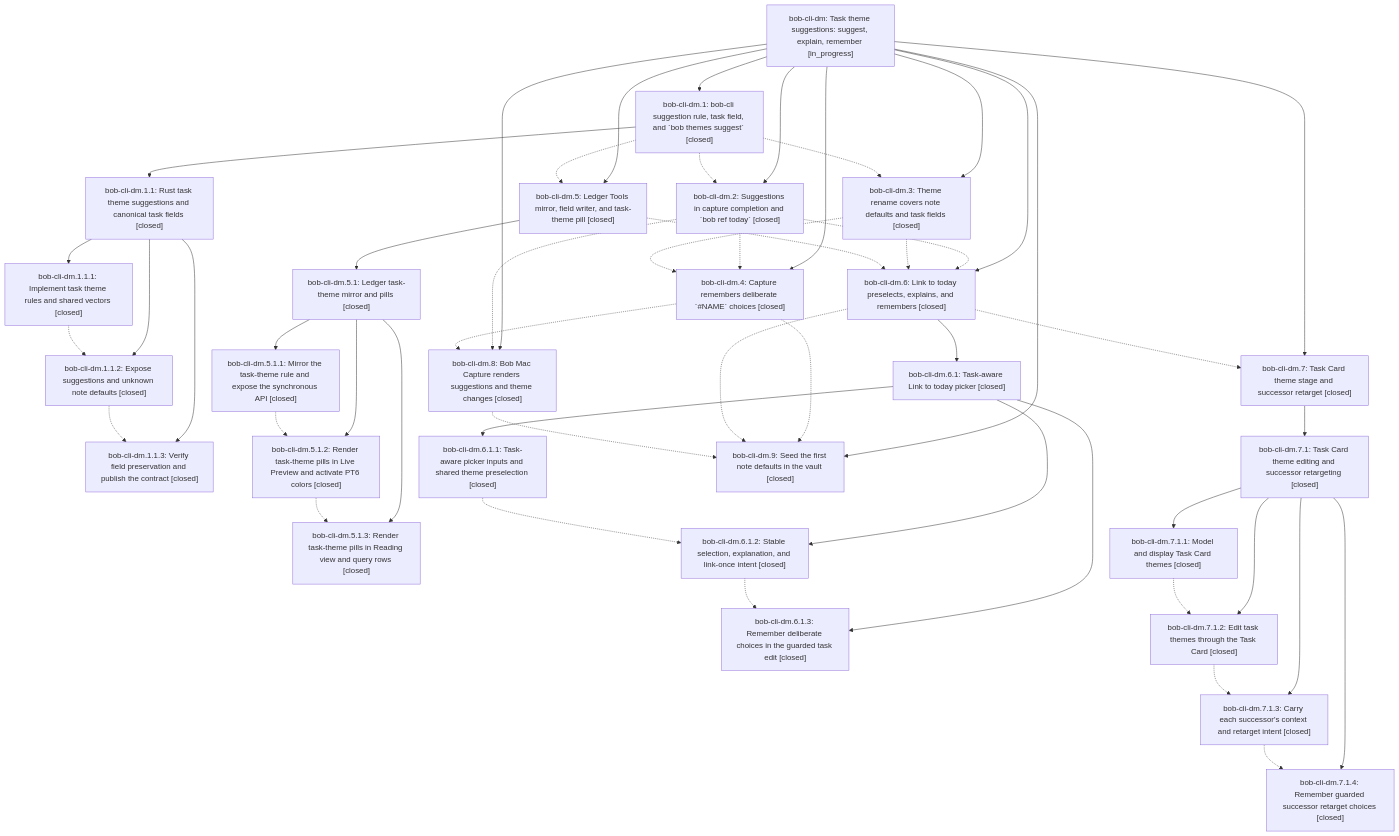
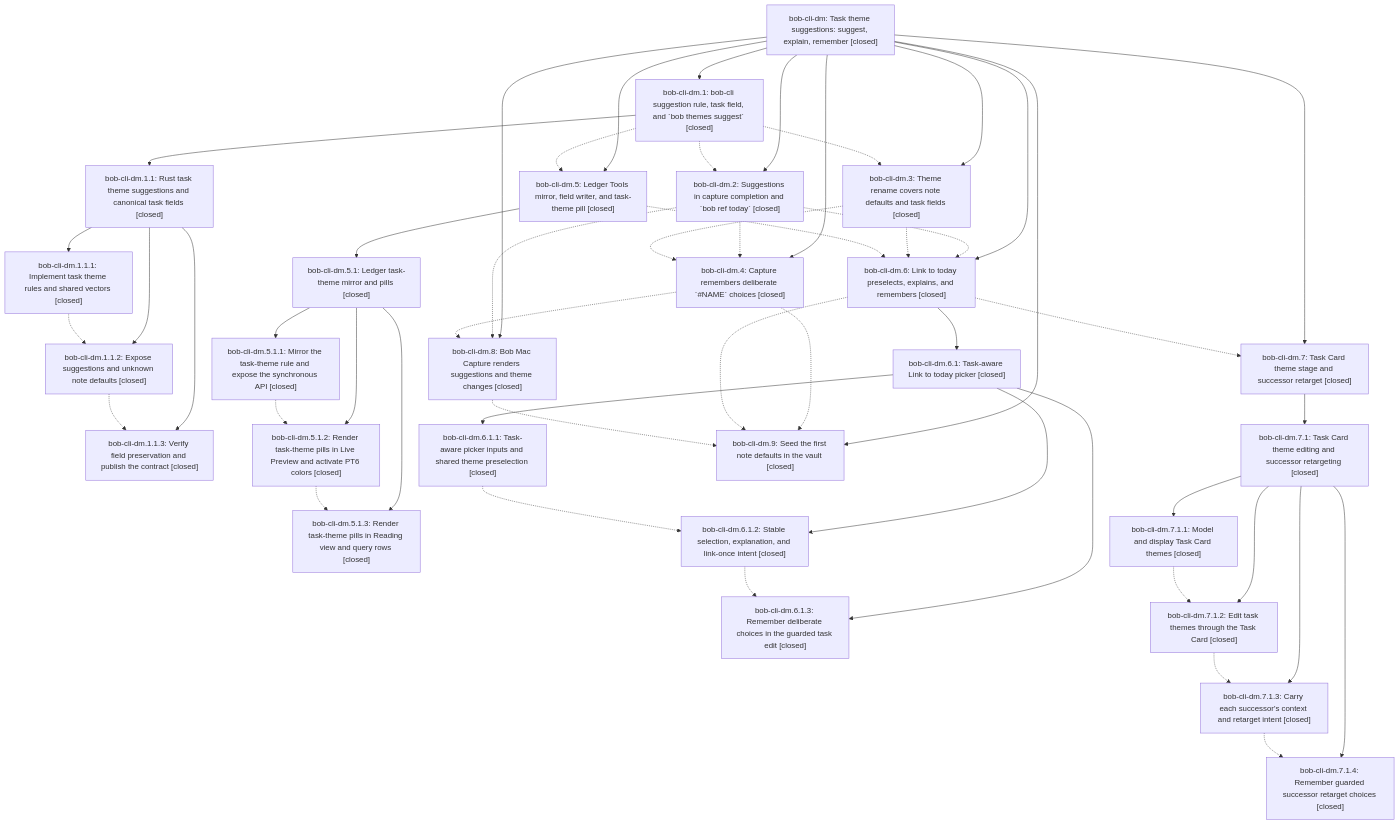
The diagram in pages/bob-cli-dm/README.md (bobs-org/bob-cli--beads), drawn with Mermaid before and after one commit. The commit also changed other lines of this file and 1 other file, not shown here.

First line of the commit message:
chore(beads): sync bead state and pages for bob-cli-dm

````diff
--- a/pages/bob-cli-dm/README.md
+++ b/pages/bob-cli-dm/README.md
@@ -44,79 +101,79 @@
 ```mermaid
 flowchart TD
-    n0["bob-cli-dm: Task theme suggestions: suggest, explain, remember [in_progress]"]
+    n0["bob-cli-dm: Task theme suggestions: suggest, explain, remember [closed]"]
     n1["bob-cli-dm.1: bob-cli suggestion rule, task field, and `bob themes suggest` [closed]"]
     n2["bob-cli-dm.1.1: Rust task theme suggestions and canonical task fields [closed]"]
     n3["bob-cli-dm.1.1.1: Implement task theme rules and shared vectors [closed]"]
     n4["bob-cli-dm.1.1.2: Expose suggestions and unknown note defaults [closed]"]
     n5["bob-cli-dm.1.1.3: Verify field preservation and publish the contract [closed]"]
     n6["bob-cli-dm.2: Suggestions in capture completion and `bob ref today` [closed]"]
     n7["bob-cli-dm.3: Theme rename covers note defaults and task fields [closed]"]
     n8["bob-cli-dm.4: Capture remembers deliberate `#NAME` choices [closed]"]
     n9["bob-cli-dm.5: Ledger Tools mirror, field writer, and task-theme pill [closed]"]
     n10["bob-cli-dm.5.1: Ledger task-theme mirror and pills [closed]"]
     n11["bob-cli-dm.5.1.1: Mirror the task-theme rule and expose the synchronous API [closed]"]
     n12["bob-cli-dm.5.1.2: Render task-theme pills in Live Preview and activate PT6 colors [closed]"]
     n13["bob-cli-dm.5.1.3: Render task-theme pills in Reading view and query rows [closed]"]
     n14["bob-cli-dm.6: Link to today preselects, explains, and remembers [closed]"]
     n15["bob-cli-dm.6.1: Task-aware Link to today picker [closed]"]
     n16["bob-cli-dm.6.1.1: Task-aware picker inputs and shared theme preselection [closed]"]
     n17["bob-cli-dm.6.1.2: Stable selection, explanation, and link-once intent [closed]"]
     n18["bob-cli-dm.6.1.3: Remember deliberate choices in the guarded task edit [closed]"]
     n19["bob-cli-dm.7: Task Card theme stage and successor retarget [closed]"]
     n20["bob-cli-dm.7.1: Task Card theme editing and successor retargeting [closed]"]
     n21["bob-cli-dm.7.1.1: Model and display Task Card themes [closed]"]
     n22["bob-cli-dm.7.1.2: Edit task themes through the Task Card [closed]"]
     n23["bob-cli-dm.7.1.3: Carry each successor's context and retarget intent [closed]"]
     n24["bob-cli-dm.7.1.4: Remember guarded successor retarget choices [closed]"]
     n25["bob-cli-dm.8: Bob Mac Capture renders suggestions and theme changes [closed]"]
     n26["bob-cli-dm.9: Seed the first note defaults in the vault [closed]"]
     n0 --> n1
     n1 --> n2
     n2 --> n3
     n2 --> n4
     n2 --> n5
     n0 --> n6
     n0 --> n7
     n0 --> n8
     n0 --> n9
     n9 --> n10
     n10 --> n11
     n10 --> n12
     n10 --> n13
     n0 --> n14
     n14 --> n15
     n15 --> n16
     n15 --> n17
     n15 --> n18
     n0 --> n19
     n19 --> n20
     n20 --> n21
     n20 --> n22
     n20 --> n23
     n20 --> n24
     n0 --> n25
     n0 --> n26
     n1 -.-> n6
     n1 -.-> n7
     n1 -.-> n9
     n3 -.-> n4
     n4 -.-> n5
     n6 -.-> n8
     n6 -.-> n14
     n6 -.-> n25
     n7 -.-> n8
     n7 -.-> n14
     n8 -.-> n25
     n8 -.-> n26
     n9 -.-> n14
     n11 -.-> n12
     n12 -.-> n13
     n14 -.-> n19
     n14 -.-> n26
     n16 -.-> n17
     n17 -.-> n18
     n21 -.-> n22
     n22 -.-> n23
     n23 -.-> n24
     n25 -.-> n26
 ```
````
